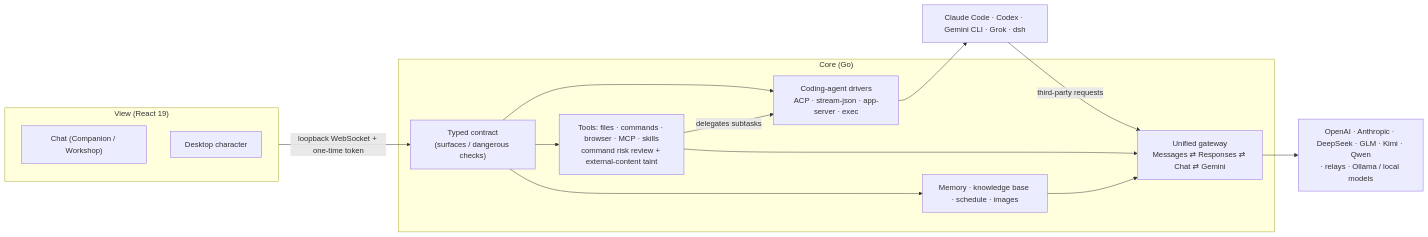
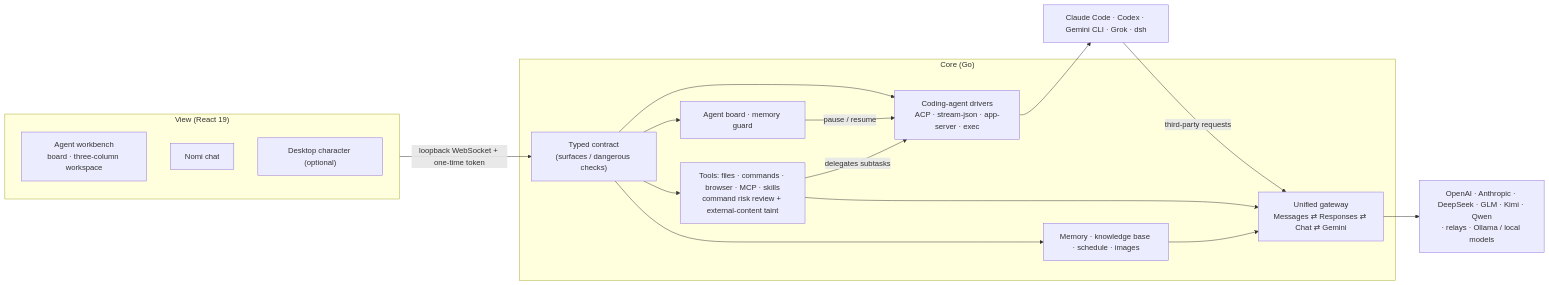
Before and after one commit to Cookieboty/nomi-ai: the diagram in README.en.md, drawn with Mermaid. The commit also changed other lines of this file and 4 other files, not shown here.

First line of the commit message:
docs: lead the README with the agent workbench

````diff
--- a/README.en.md
+++ b/README.en.md
@@ -81,23 +93,26 @@
 ```mermaid
 flowchart LR
   subgraph View["View (React 19)"]
-    Chat["Chat (Companion / Workshop)"]
-    Mascot["Desktop character"]
+    Bench["Agent workbench<br/>board · three-column workspace"]
+    Chat["Nomi chat"]
+    Mascot["Desktop character (optional)"]
   end
   subgraph Core["Core (Go)"]
     Contract["Typed contract<br/>(surfaces / dangerous checks)"]
+    Fleet["Agent board · memory guard"]
     Agents["Coding-agent drivers<br/>ACP · stream-json · app-server · exec"]
     Tools["Tools: files · commands · browser · MCP · skills<br/>command risk review + external-content taint"]
     Mem["Memory · knowledge base · schedule · images"]
     GW["Unified gateway<br/>Messages ⇄ Responses ⇄ Chat ⇄ Gemini"]
   end
   CLI["Claude Code · Codex · Gemini CLI · Grok · dsh"]
   Up["OpenAI · Anthropic · DeepSeek · GLM · Kimi · Qwen<br/>· relays · Ollama / local models"]
   View -- "loopback WebSocket + one-time token" --> Contract
-  Contract --> Agents & Tools & Mem
+  Contract --> Fleet & Agents & Tools & Mem
+  Fleet -- "pause / resume" --> Agents
   Agents --> CLI
   CLI -- "third-party requests" --> GW
   Tools -- "delegates subtasks" --> Agents
   Tools & Mem --> GW
   GW --> Up
 ```
````
